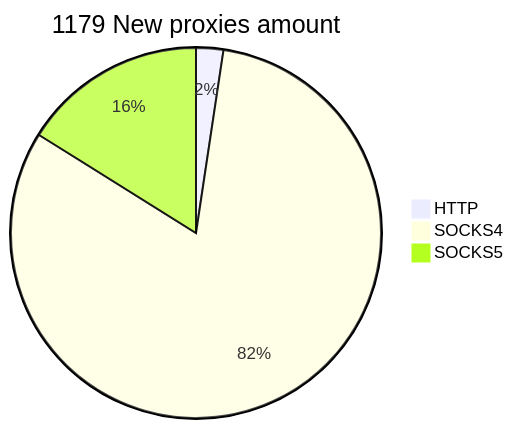
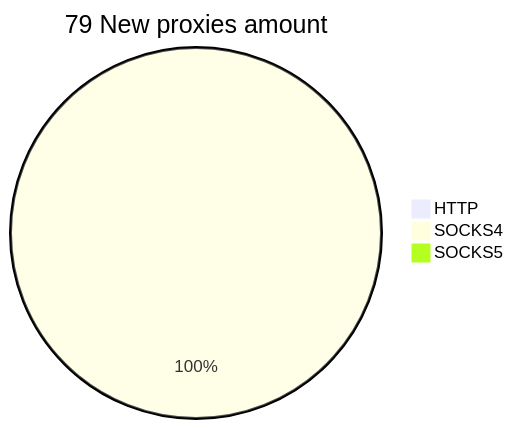
One commit to cutipu/proxylist changed the second of 2 diagrams in README.md. Above: the diagram before and after it, drawn with Mermaid. The commit also changed other lines of this file, not shown here.

````diff
--- a/README.md
+++ b/README.md
@@ -10,6 +10,6 @@
 ```mermaid
-pie title 1179 New proxies amount
-    "HTTP" : 28
-    "SOCKS4" : 961
-    "SOCKS5" : 190
+pie title 79 New proxies amount
+    "HTTP" : 0
+    "SOCKS4" : 84
+    "SOCKS5" : 0
 ```
````
